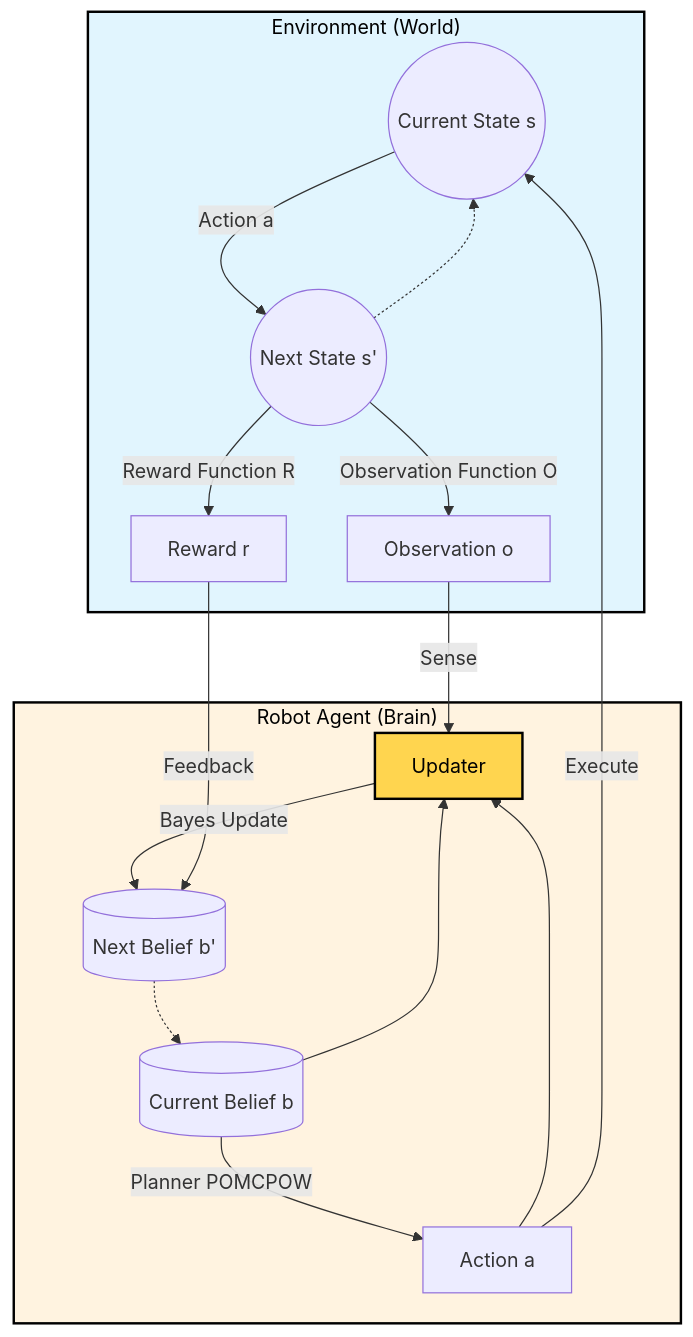
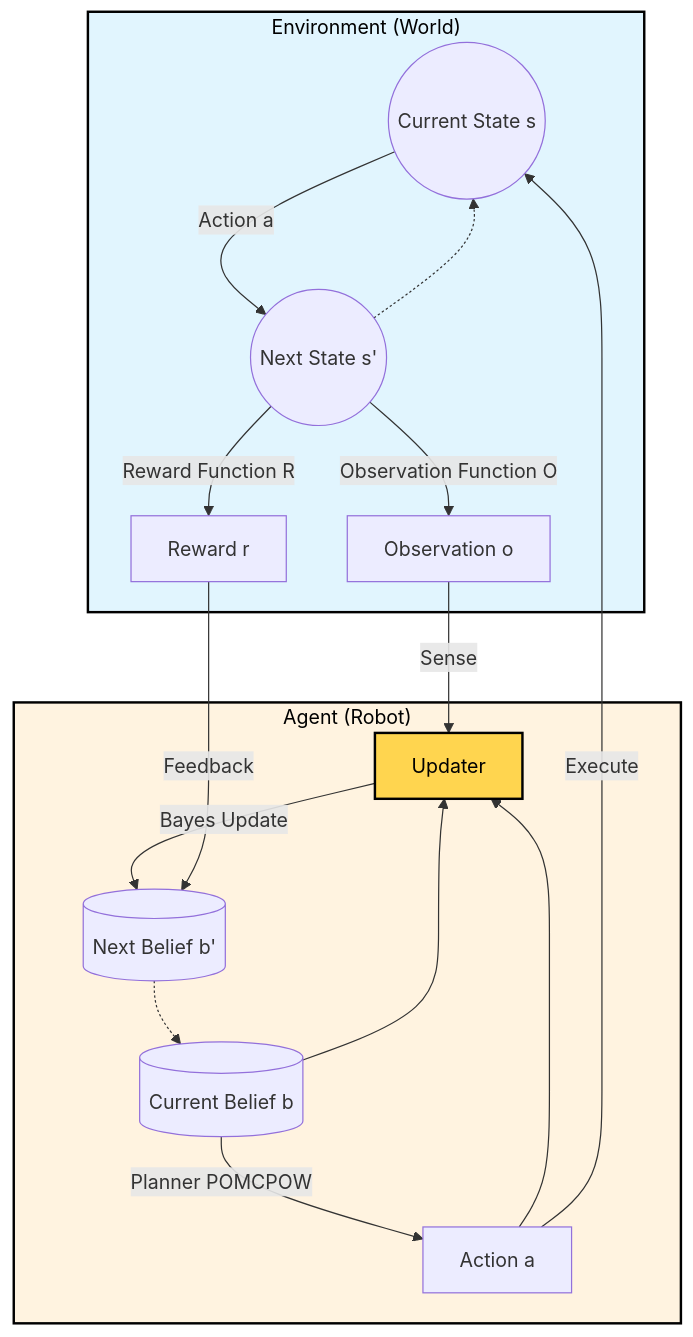
The second of 2 diagrams in README.md (hoashalarajh/Partially-Observable-Markov-Decision-Process-based-Robot-Decision-Making), drawn with Mermaid before and after one commit.

Commit message:
Rename 'Robot Agent' to 'Agent (Robot)' in README

````diff
--- a/README.md
+++ b/README.md
@@ -89,30 +89,30 @@
 ```mermaid
 graph TD
     subgraph Environment ["Environment (World)"]
         s_curr((Current State s)) -->|Action a| s_next((Next State s'))
         s_next -->|Observation Function O| o[Observation o]
         s_next -->|Reward Function R| r[Reward r]
     end
 
-    subgraph Agent ["Robot Agent (Brain)"]
+    subgraph Agent ["Agent (Robot)"]
         b_curr[(Current Belief b)] -->|Planner POMCPOW| a[Action a]
         a --> Updater
         b_curr --> Updater
         Updater -->|Bayes Update| b_next[(Next Belief b')]
     end
 
     %% Connections between Agent and Environment
     a -->|Execute| s_curr
     o -->|Sense| Updater
     r -->|Feedback| b_next
 
     %% The Loop Connection
     b_next -.-> b_curr
     s_next -.-> s_curr
 
     %% Styling
     %% I added 'color:black' (text) and 'stroke:black' (border) to Environment
     style Environment fill:#e1f5fe,stroke:black,stroke-width:2px,color:black
     style Agent fill:#fff3e0,stroke:black,stroke-width:2px,color:black
     style Updater fill:#ffd54f,stroke:black,stroke-width:2px,color:black
 ```
````
